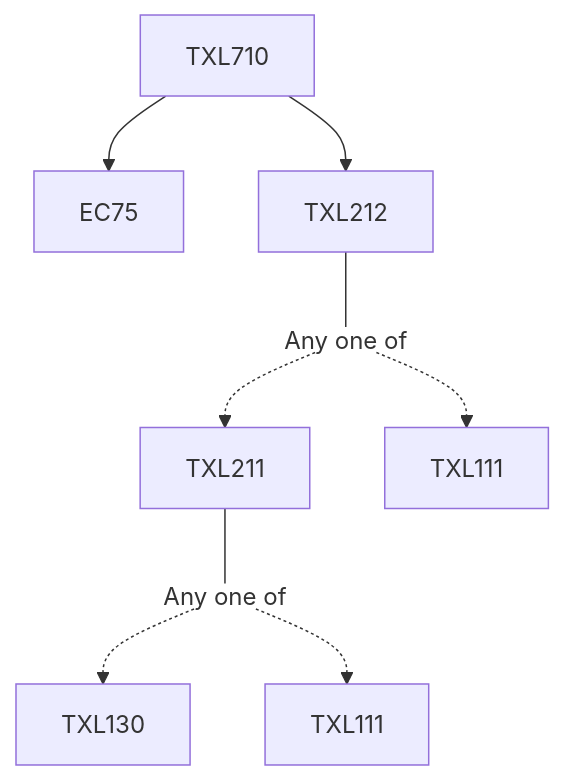
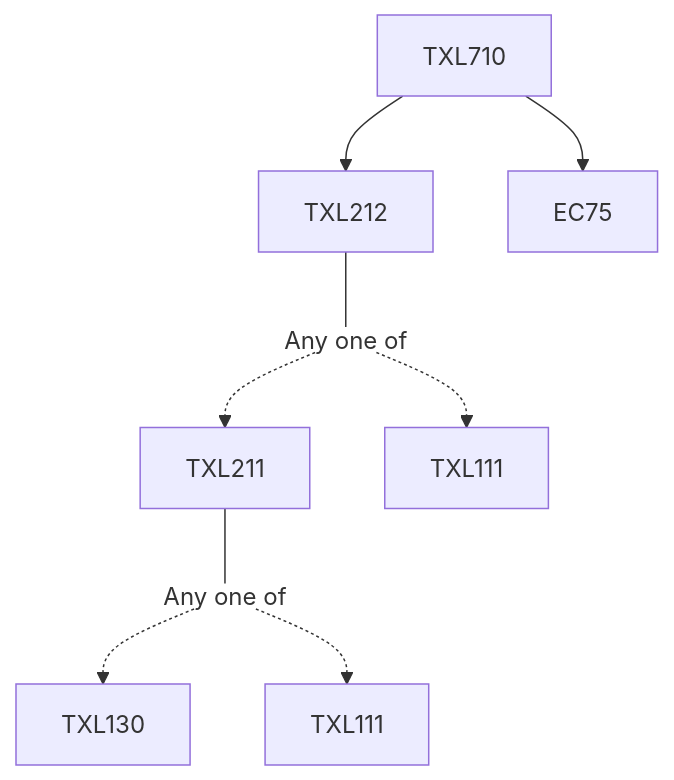
One commit to KeshavBansal0122/CoS_Website changed the diagram in content/Textile and Fibre Engineering/TXL710.md. Above: the diagram before and after it, drawn with Mermaid. The commit also changed other lines of this file and 2662 other files, not shown here.

````diff
--- a/content/Textile and Fibre Engineering/TXL710.md
+++ b/content/Textile and Fibre Engineering/TXL710.md
@@ -13,15 +13,15 @@
 ```mermaid
 flowchart TD
 TXL710-792[TXL710]
-TXL710-792 --> EC75-792[EC75]
-TXL710-792 --> TXL212-792[TXL212]
 TXL212-792 --- Or793[Any one of]:::empty
 Or793 -.-> TXL211-794[TXL211]
 TXL211-794 --- Or795[Any one of]:::empty
 Or795 -.-> TXL130-796[TXL130]
 Or795 -.-> TXL111-797[TXL111]
 Or793 -.-> TXL111-798[TXL111]
+TXL710-792 --> TXL212-792[TXL212]
+TXL710-792 --> EC75-792[EC75]
 
 classDef empty height:17px, fill:transparent, stroke:transparent;
 classDef trueEmpty height:0px, width:0px;
 ```
````
